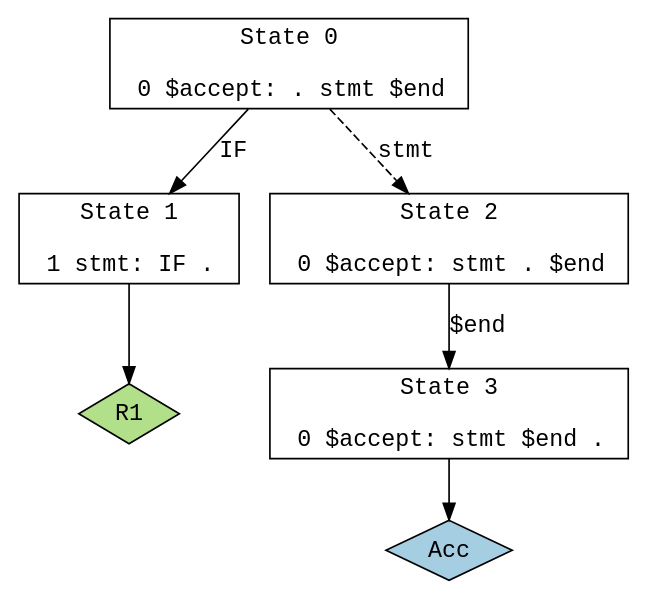
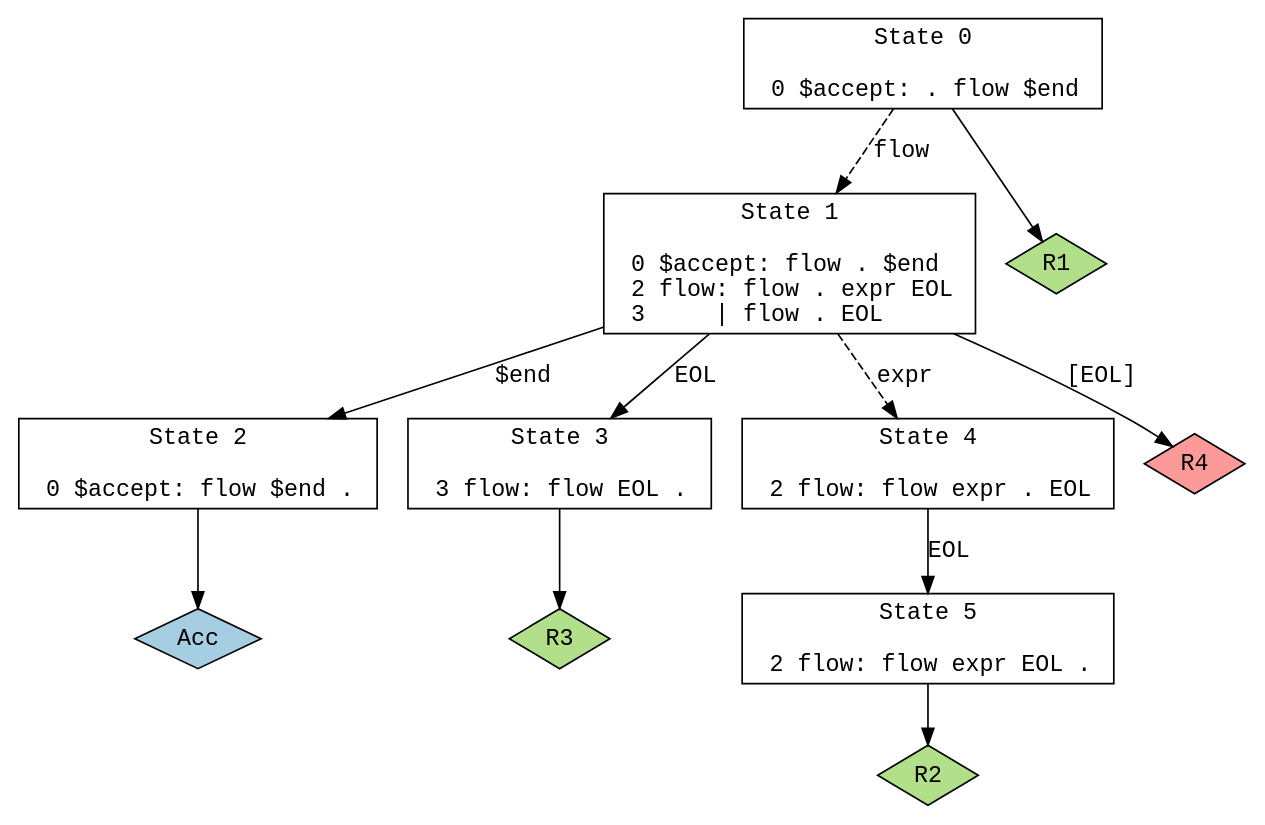
One commit to FrankiePaolo/IMAGine changed the diagram in parser.dot. Above: the diagram before and after it, drawn with Graphviz. The commit also changed 7 other files, not shown here.

```diff
--- a/parser.dot
+++ b/parser.dot
@@ -1,21 +1,31 @@
 // Generated by GNU Bison 3.4.1.
 // Report bugs to <bug-bison@gnu.org>.
 // Home page: <http://www.gnu.org/software/bison/>.
 
 digraph "parser.y"
 {
   node [fontname = courier, shape = box, colorscheme = paired6]
   edge [fontname = courier]
 
-  0 [label="State 0\n\l  0 $accept: . stmt $end\l"]
-  0 -> 1 [style=solid label="IF"]
-  0 -> 2 [style=dashed label="stmt"]
-  1 [label="State 1\n\l  1 stmt: IF .\l"]
-  1 -> "1R1" [style=solid]
- "1R1" [label="R1", fillcolor=3, shape=diamond, style=filled]
-  2 [label="State 2\n\l  0 $accept: stmt . $end\l"]
-  2 -> 3 [style=solid label="$end"]
-  3 [label="State 3\n\l  0 $accept: stmt $end .\l"]
-  3 -> "3R0" [style=solid]
- "3R0" [label="Acc", fillcolor=1, shape=diamond, style=filled]
+  0 [label="State 0\n\l  0 $accept: . flow $end\l"]
+  0 -> 1 [style=dashed label="flow"]
+  0 -> "0R1" [style=solid]
+ "0R1" [label="R1", fillcolor=3, shape=diamond, style=filled]
+  1 [label="State 1\n\l  0 $accept: flow . $end\l  2 flow: flow . expr EOL\l  3     | flow . EOL\l"]
+  1 -> 2 [style=solid label="$end"]
+  1 -> 3 [style=solid label="EOL"]
+  1 -> 4 [style=dashed label="expr"]
+  1 -> "1R4d" [label="[EOL]", style=solid]
+ "1R4d" [label="R4", fillcolor=5, shape=diamond, style=filled]
+  2 [label="State 2\n\l  0 $accept: flow $end .\l"]
+  2 -> "2R0" [style=solid]
+ "2R0" [label="Acc", fillcolor=1, shape=diamond, style=filled]
+  3 [label="State 3\n\l  3 flow: flow EOL .\l"]
+  3 -> "3R3" [style=solid]
+ "3R3" [label="R3", fillcolor=3, shape=diamond, style=filled]
+  4 [label="State 4\n\l  2 flow: flow expr . EOL\l"]
+  4 -> 5 [style=solid label="EOL"]
+  5 [label="State 5\n\l  2 flow: flow expr EOL .\l"]
+  5 -> "5R2" [style=solid]
+ "5R2" [label="R2", fillcolor=3, shape=diamond, style=filled]
 }
```
